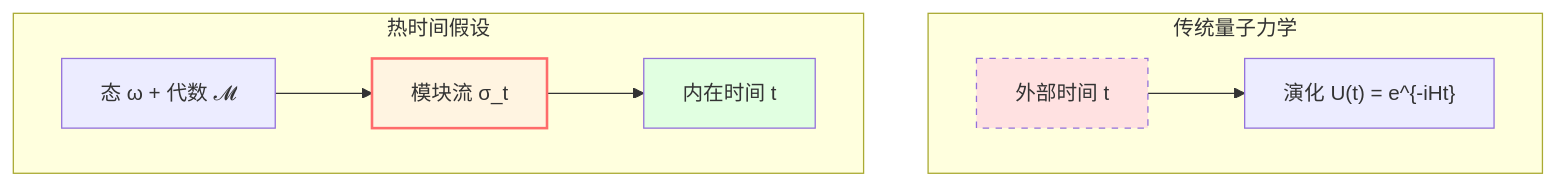
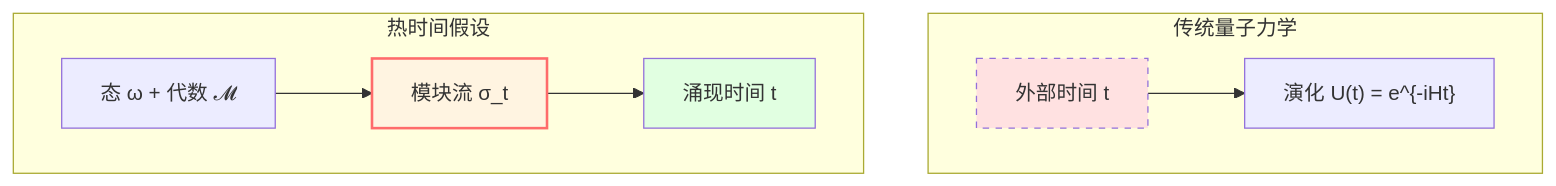
One commit to loning/zeckendorf-hilbert changed the third of 3 diagrams in docs/euler-article/gls-union/03-mathematical-tools/04-modular-theory.md. Above: the diagram before and after it, drawn with Mermaid. The commit also changed other lines of this file and 111 other files, not shown here.

````diff
--- a/docs/euler-article/gls-union/03-mathematical-tools/04-modular-theory.md
+++ b/docs/euler-article/gls-union/03-mathematical-tools/04-modular-theory.md
@@ -143,15 +141,15 @@
 ```mermaid
 graph TB
     subgraph "传统量子力学"
         T1["外部时间 t"] --> U["演化 U(t) = e^{-iHt}"]
     end
 
     subgraph "热时间假设"
         S["态 ω + 代数 𝓜"] --> M["模块流 σ_t"]
-        M --> T2["内在时间 t"]
+        M --> T2["涌现时间 t"]
     end
 
     style T1 fill:#ffe1e1,stroke-dasharray: 5 5
     style T2 fill:#e1ffe1
     style M fill:#fff4e1,stroke:#ff6b6b,stroke-width:2px
 ```
````
